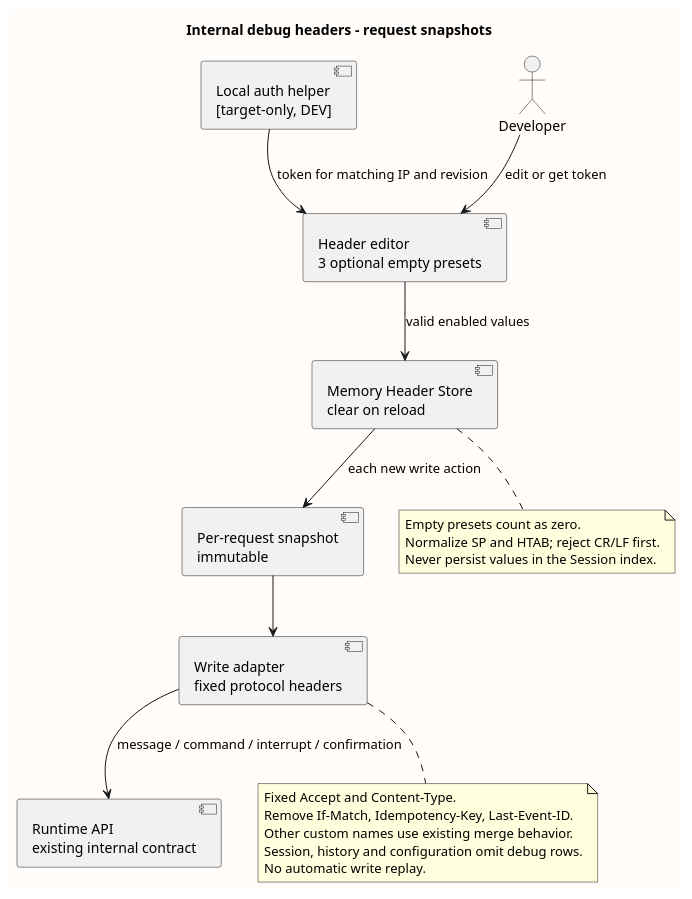
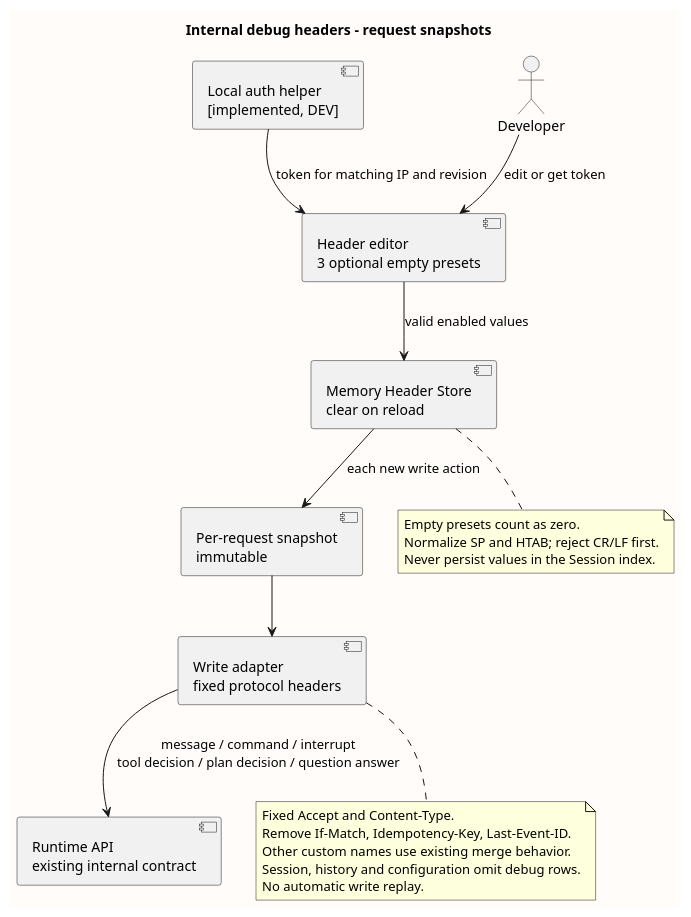
One commit to ssm0808/pi-mono-java-design changed the second of 8 diagrams in 01-总体架构/04-CampusClaw前端体验/diagram.puml. Above: the diagram before and after it, drawn with PlantUML. The commit also changed other lines of this file and 12 other files, not shown here.

```diff
--- a/01-总体架构/04-CampusClaw前端体验/diagram.puml
+++ b/01-总体架构/04-CampusClaw前端体验/diagram.puml
@@ -44,39 +44,39 @@
 @startuml frontend_debug_header_flow
-' Source baseline: pi-mono-java@7f1126262b16458e430c1a70aba9936e26391385
+' Source baseline: pi-mono-java@9f785bea3ffff8f6566cd1b2727285af46a2aead
 ' Previous UI baseline: 4cc8dd86f601417c22cf9306e52152acbb59bb60
 ' Source evidence: frontend/src/components/DebugHeaders.vue snapshot
-' Source evidence: frontend/src/App.vue submit, executeCommand, stop, decideTool
+' Source evidence: frontend/src/App.vue submit, executeCommand, stop, decideTool, decidePlan, answerQuestion
 ' Source evidence: frontend/src/composables/useRuntimeApi.ts writeHeaders, submitStream, executeCommand
-' Observed behavior: each of four write actions freezes current valid custom headers.
-' Target-only changes: whitespace validation and local AuthCenter helper.
+' Observed behavior: each of six write actions freezes current valid custom headers.
+' Observed behavior: debugHeaders.ts validates whitespace; dev/authMiddleware.ts registers the DEV helper.
 ' Design reason: edits affect new requests without mutating an accepted execution.
 title Internal debug headers - request snapshots
 top to bottom direction
 skinparam backgroundColor #FFFCFA
 skinparam shadowing false
 component "Header editor\n3 optional empty presets" as Editor
 component "Memory Header Store\nclear on reload" as Store
 component "Per-request snapshot\nimmutable" as Snapshot
 component "Write adapter\nfixed protocol headers" as Adapter
 component "Runtime API\nexisting internal contract" as Runtime
-component "Local auth helper\n[target-only, DEV]" as Auth
+component "Local auth helper\n[implemented, DEV]" as Auth
 actor Developer
 Developer --> Editor : edit or get token
 Auth --> Editor : token for matching IP and revision
 Editor --> Store : valid enabled values
 Store --> Snapshot : each new write action
 Snapshot --> Adapter
-Adapter --> Runtime : message / command / interrupt / confirmation
+Adapter --> Runtime : message / command / interrupt\ntool decision / plan decision / question answer
 note bottom of Store
   Empty presets count as zero.
   Normalize SP and HTAB; reject CR/LF first.
   Never persist values in the Session index.
 end note
 note bottom of Adapter
   Fixed Accept and Content-Type.
   Remove If-Match, Idempotency-Key, Last-Event-ID.
   Other custom names use existing merge behavior.
   Session, history and configuration omit debug rows.
   No automatic write replay.
 end note
 @enduml
```
